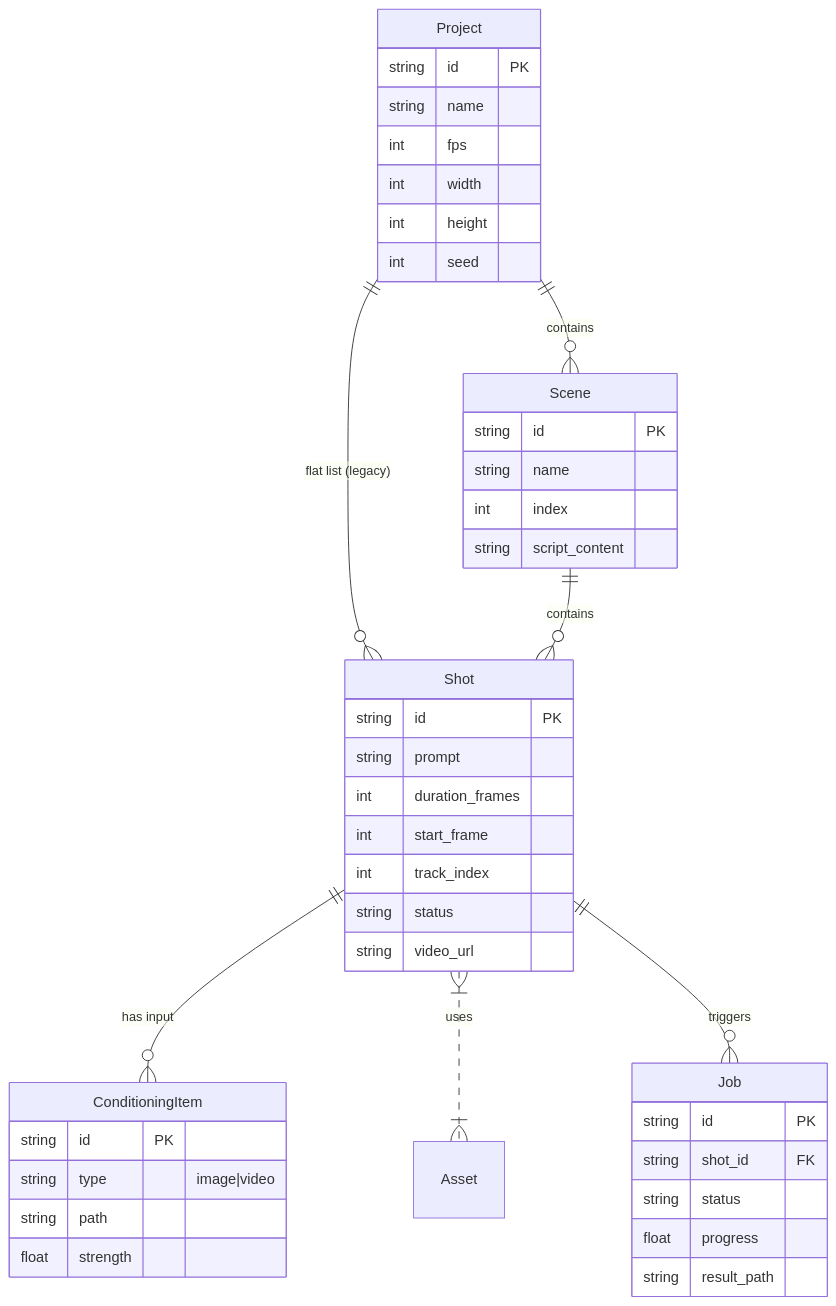
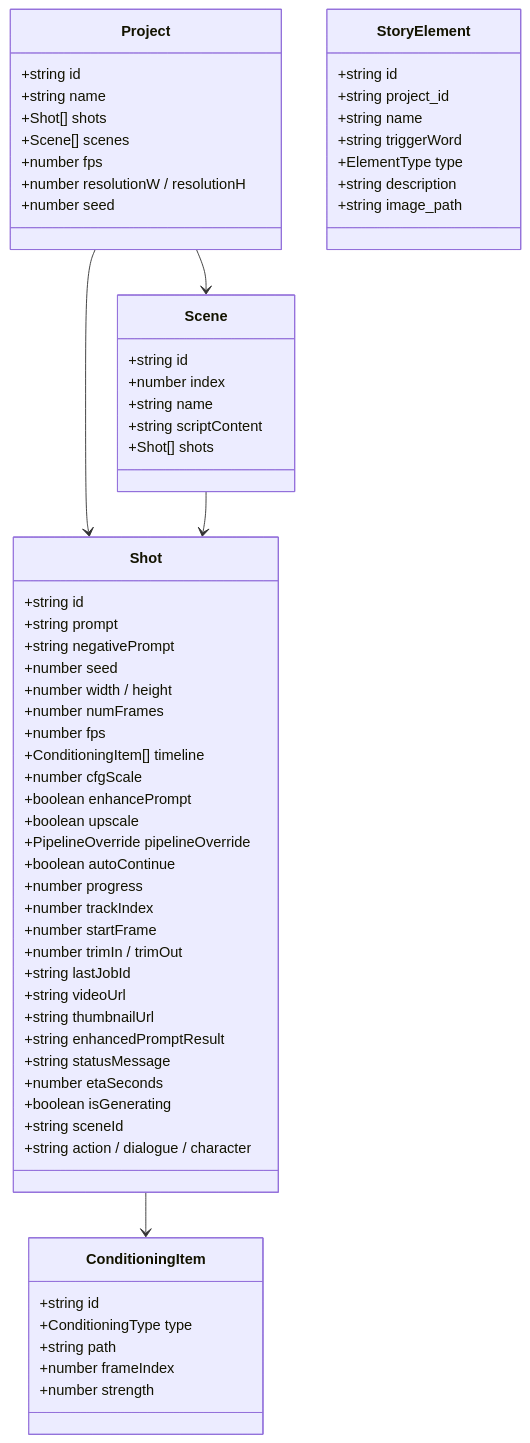
Before and after one commit to mainza-ai/milimovideo: the third of 3 diagrams in docs/02_data_models.md, drawn with Mermaid. The commit also changed other lines of this file and 14 other files, not shown here.

````diff
--- a/docs/02_data_models.md
+++ b/docs/02_data_models.md
@@ -5,51 +238,72 @@
 ```mermaid
-erDiagram
-    Project ||--o{ Scene : contains
-    Project ||--o{ Shot : "flat list (legacy)"
-    Scene ||--o{ Shot : contains
-    Shot ||--o{ ConditioningItem : "has input"
-    Shot }|..|{ Asset : "uses"
-    
-    Project {
-        string id PK
-        string name
-        int fps
-        int width
-        int height
-        int seed
+classDiagram
+    class Shot {
+        +string id
+        +string prompt
+        +string negativePrompt
+        +number seed
+        +number width / height
+        +number numFrames
+        +number fps
+        +ConditioningItem[] timeline
+        +number cfgScale
+        +boolean enhancePrompt
+        +boolean upscale
+        +PipelineOverride pipelineOverride
+        +boolean autoContinue
+        +number progress
+        +number trackIndex
+        +number startFrame
+        +number trimIn / trimOut
+        +string lastJobId
+        +string videoUrl
+        +string thumbnailUrl
+        +string enhancedPromptResult
+        +string statusMessage
+        +number etaSeconds
+        +boolean isGenerating
+        +string sceneId
+        +string action / dialogue / character
     }
 
-    Scene {
-        string id PK
-        string name
-        int index
-        string script_content
+    class ConditioningItem {
+        +string id
+        +ConditioningType type
+        +string path
+        +number frameIndex
+        +number strength
     }
 
-    Shot {
-        string id PK
-        string prompt
-        int duration_frames
-        int start_frame
-        int track_index
-        string status
-        string video_url
+    class Project {
+        +string id
+        +string name
+        +Shot[] shots
+        +Scene[] scenes
+        +number fps
+        +number resolutionW / resolutionH
+        +number seed
     }
 
-    ConditioningItem {
-        string id PK
-        string type "image|video"
-        string path
-        float strength
+    class Scene {
+        +string id
+        +number index
+        +string name
+        +string scriptContent
+        +Shot[] shots
     }
 
-    Job {
-        string id PK
-        string shot_id FK
-        string status
-        float progress
-        string result_path
+    class StoryElement {
+        +string id
+        +string project_id
+        +string name
+        +string triggerWord
+        +ElementType type
+        +string description
+        +string image_path
     }
 
-    Shot ||--o{ Job : "triggers"
+    Project --> Shot
+    Project --> Scene
+    Scene --> Shot
+    Shot --> ConditioningItem
 ```
````
